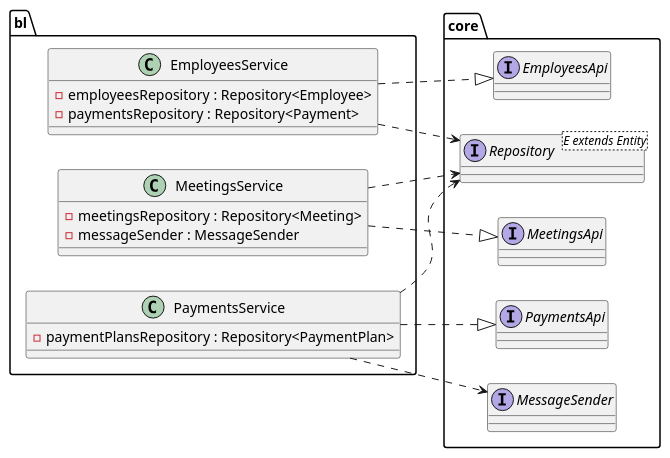
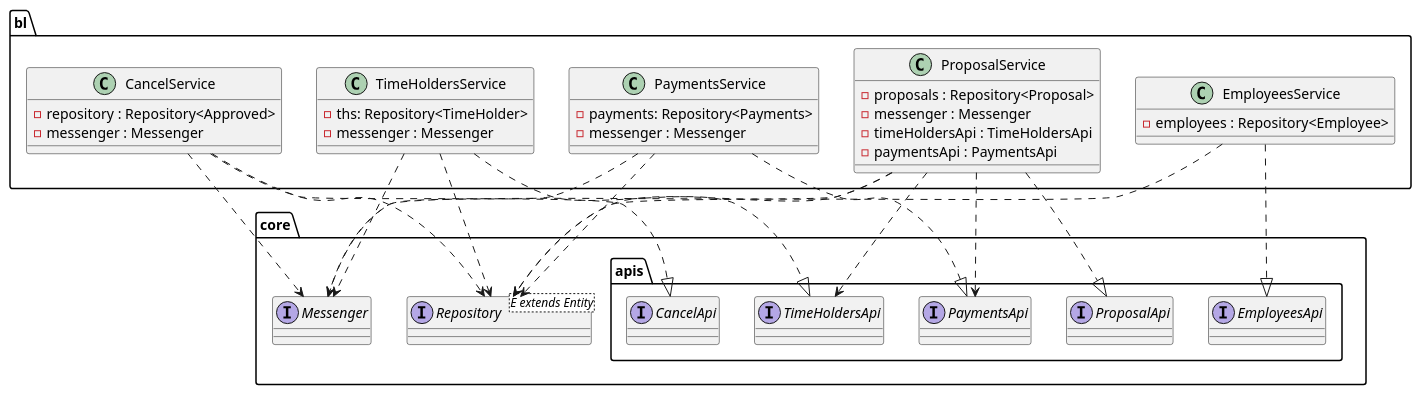
One commit to JohnKhandygo/employee-managment changed the diagram in diagrams/classes/bl.puml. Above: the diagram before and after it, drawn with PlantUML. The commit also changed 21 other files, not shown here.

Commit message:
#9 update classes diagrams.

```diff
--- a/diagrams/classes/bl.puml
+++ b/diagrams/classes/bl.puml
@@ -1,36 +1,61 @@
 @startuml
-left to right direction
+'left to right direction
 
 package "core" {
-  interface EmployeesApi
-  interface MeetingsApi
-  interface PaymentsApi
+  package "apis" {
+    interface EmployeesApi
+    interface CancelApi
+    interface PaymentsApi
+    interface ProposalApi
+    interface TimeHoldersApi
+  }
 
   interface Repository<E extends Entity>
-  interface MessageSender
+  interface Messenger
 }
 
 package "bl" {
   class EmployeesService {
-    - employeesRepository : Repository<Employee>
-    - paymentsRepository : Repository<Payment>
+    - employees : Repository<Employee>
   }
-  class MeetingsService {
-    - meetingsRepository : Repository<Meeting>
-    - messageSender : MessageSender
+  class CancelService {
+    - repository : Repository<Approved>
+    - messenger : Messenger
   }
   class PaymentsService {
-    - paymentPlansRepository : Repository<PaymentPlan>
+    - payments: Repository<Payments>
+    - messenger : Messenger
+  }
+  class ProposalService {
+    - proposals : Repository<Proposal>
+    - messenger : Messenger
+    - timeHoldersApi : TimeHoldersApi
+    - paymentsApi : PaymentsApi
+  }
+  class TimeHoldersService {
+    - ths: Repository<TimeHolder>
+    - messenger : Messenger
   }
 }
 
 EmployeesService ..|> EmployeesApi
-MeetingsService ..|> MeetingsApi
+CancelService ..|> CancelApi
+TimeHoldersService ..|> TimeHoldersApi
+ProposalService ..|> ProposalApi
 PaymentsService ..|> PaymentsApi
 
 EmployeesService ..> Repository
-MeetingsService ..> Repository
+CancelService ..> Repository
+ProposalService ..> Repository
 PaymentsService ..> Repository
-PaymentsService ..> MessageSender
+TimeHoldersService ..> Repository
+
+CancelService ..> Messenger
+ProposalService ..> Messenger
+PaymentsService ..> Messenger
+TimeHoldersService ..> Messenger
+
+ProposalService ..> TimeHoldersApi
+ProposalService ..> PaymentsApi
 
 @enduml
```
